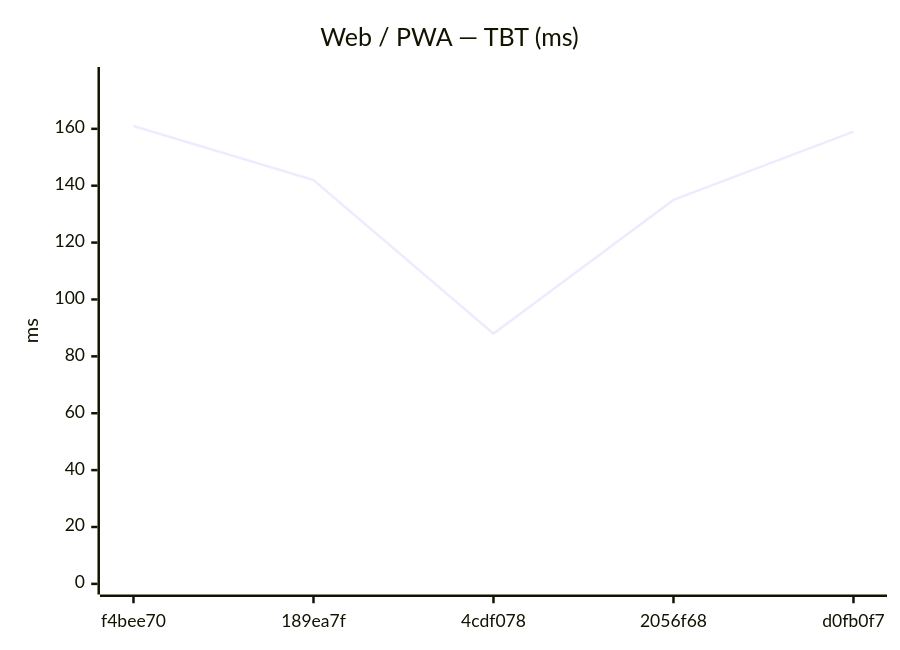
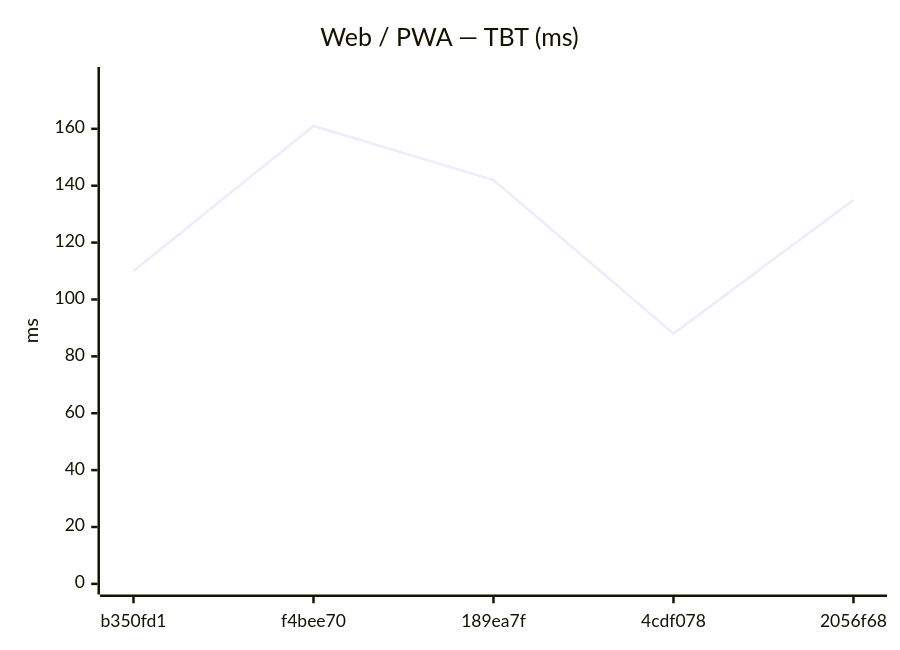
One commit to Metaheurist/Rianell changed the eighth of 18 diagrams in benchmarks/compare.md. Above: the diagram before and after it, drawn with Mermaid. The commit also changed other lines of this file and 11 other files, not shown here.

````diff
--- a/benchmarks/compare.md
+++ b/benchmarks/compare.md
@@ -124,7 +124,7 @@
 ```mermaid
 xychart-beta
     title "Web / PWA — TBT (ms)"
-    x-axis ["f4bee70", "189ea7f", "4cdf078", "2056f68", "d0fb0f7"]
+    x-axis ["b350fd1", "f4bee70", "189ea7f", "4cdf078", "2056f68"]
     y-axis "ms" 0 --> 178
-    line [161, 142, 88, 135, 159]
+    line [110, 161, 142, 88, 135]
 ```
````
